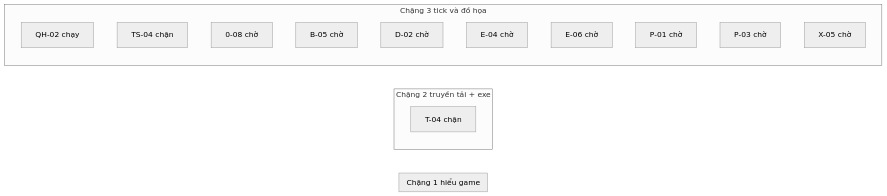
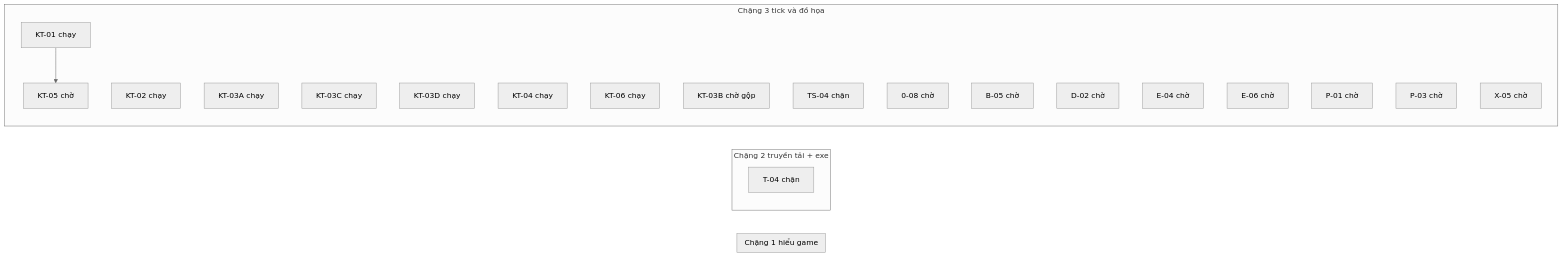
The diagram in JX1_OPS/STATE/TIEN-DO.md (ndtangoss-dev/jx1-reports), drawn with Mermaid (neutral theme) before and after one commit. The commit also changed other lines of this file and 4 other files, not shown here.

````diff
--- a/JX1_OPS/STATE/TIEN-DO.md
+++ b/JX1_OPS/STATE/TIEN-DO.md
@@ -9,20 +9,29 @@
 ```mermaid
 flowchart LR
   subgraph S1["Chặng 1 hiểu game"]
   end
   subgraph S2["Chặng 2 truyền tải + exe"]
     T_04["T-04 chặn"]
   end
   subgraph S3["Chặng 3 tick và đồ họa"]
-    QH_02["QH-02 chạy"]
+    KT_01["KT-01 chạy"]
+    KT_02["KT-02 chạy"]
+    KT_03A["KT-03A chạy"]
+    KT_03C["KT-03C chạy"]
+    KT_03D["KT-03D chạy"]
+    KT_04["KT-04 chạy"]
+    KT_06["KT-06 chạy"]
+    KT_03B["KT-03B chờ gộp"]
     TS_04["TS-04 chặn"]
     0_08["0-08 chờ"]
     B_05["B-05 chờ"]
     D_02["D-02 chờ"]
     E_04["E-04 chờ"]
     E_06["E-06 chờ"]
+    KT_05["KT-05 chờ"]
     P_01["P-01 chờ"]
     P_03["P-03 chờ"]
     X_05["X-05 chờ"]
   end
+  KT_01 --> KT_05
 ```
````
